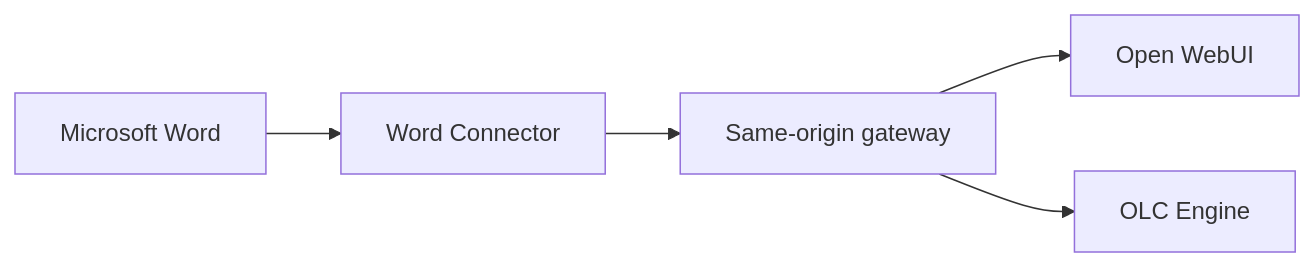
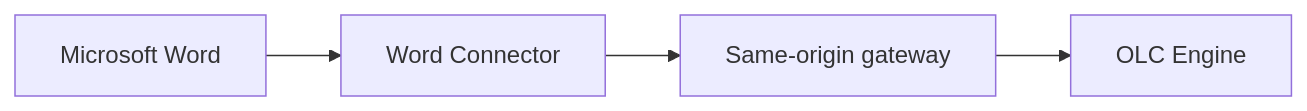
One commit to OpenLegalCore/olc-word-connector changed the diagram in README.md. Above: the diagram before and after it, drawn with Mermaid. The commit also changed other lines of this file and 35 other files, not shown here.

````diff
--- a/README.md
+++ b/README.md
@@ -137,7 +136,6 @@
 ```mermaid
 flowchart LR
     Word["Microsoft Word"] --> AddIn["Word Connector"]
     AddIn --> Gateway["Same-origin gateway"]
-    Gateway --> OWUI["Open WebUI"]
     Gateway --> Engine["OLC Engine"]
 ```
````
